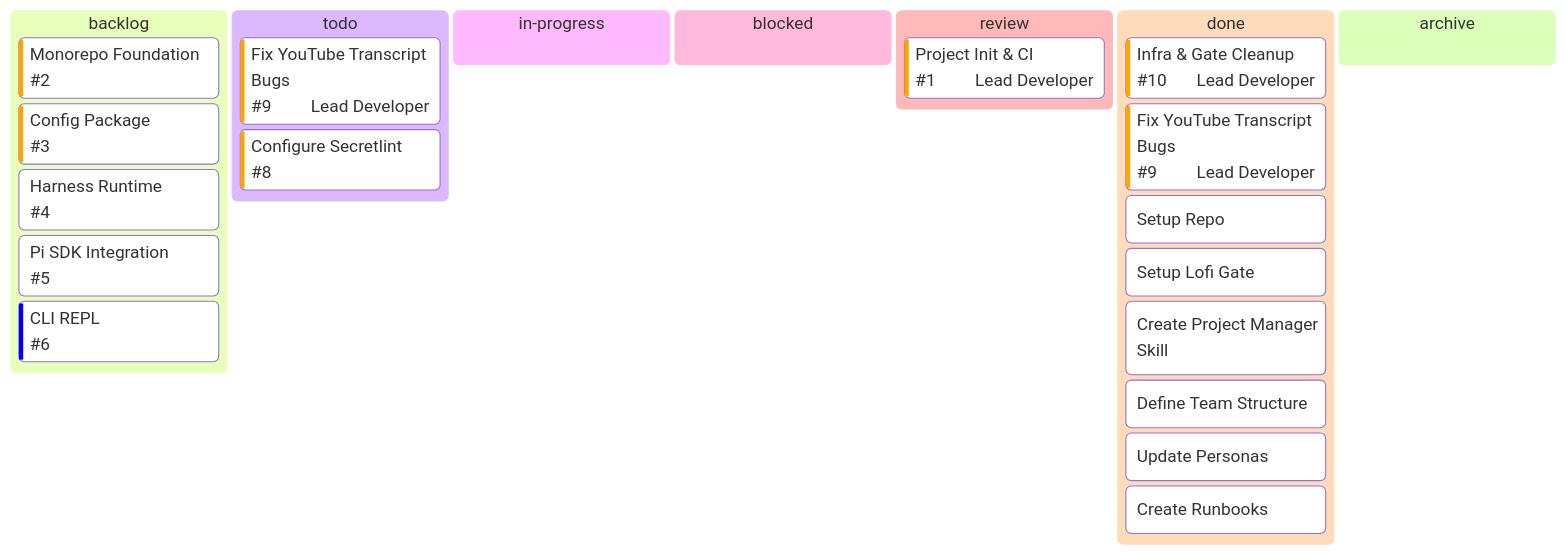
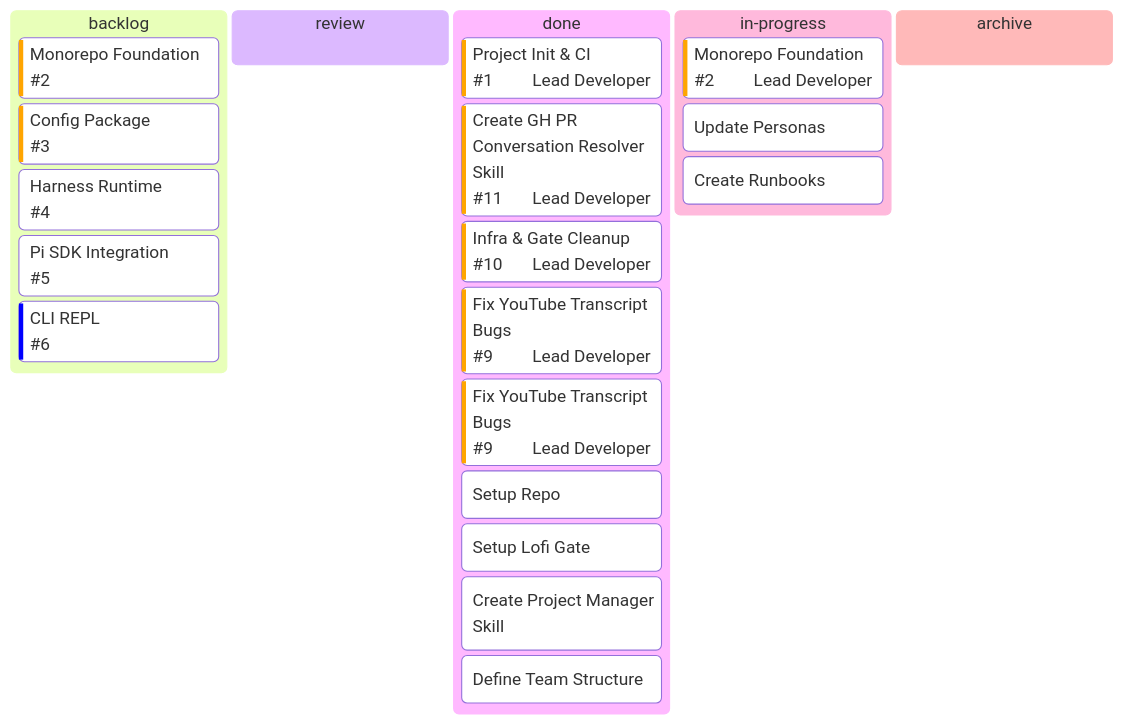
Before and after one commit to LoFi-Monk/lofipulse: the diagram in .agent/kanban-lofipulse.md, drawn with Mermaid. The commit also changed 8 other files, not shown here.

Commit message:
feat: spike gh-projects skill with graphql prototype

````diff
--- a/.agent/kanban-lofipulse.md
+++ b/.agent/kanban-lofipulse.md
@@ -9,26 +9,25 @@
 ```mermaid
 kanban
   backlog
     [Monorepo Foundation]@{ ticket: '#2', priority: 'High' }
     [Config Package]@{ ticket: '#3', priority: 'High' }
     [Harness Runtime]@{ ticket: '#4', priority: 'Med' }
     [Pi SDK Integration]@{ ticket: '#5', priority: 'Med' }
     [CLI REPL]@{ ticket: '#6', priority: 'Low' }
-  todo
+  review
+  done
+    [Project Init & CI]@{ ticket: '#1', assigned: 'Lead Developer', priority: 'High' }
+    [Create GH PR Conversation Resolver Skill]@{ ticket: '#11', assigned: 'Lead Developer', priority: 'High' }
+    [Infra & Gate Cleanup]@{ ticket: '#10', assigned: 'Lead Developer', priority: 'High' }
     [Fix YouTube Transcript Bugs]@{ ticket: '#9', assigned: 'Lead Developer', priority: 'High' }
-    [Configure Secretlint]@{ ticket: '#8', priority: 'High' }
-  in-progress
-  blocked
-  review
-    [Project Init & CI]@{ ticket: '#1', assigned: 'Lead Developer', priority: 'High' }
-  done
-    [Infra & Gate Cleanup]@{ ticket: '#10', assigned: 'Lead Developer', priority: 'High' }
     [Fix YouTube Transcript Bugs]@{ ticket: '#9', assigned: 'Lead Developer', priority: 'High' }
     [Setup Repo]
     [Setup Lofi Gate]
     [Create Project Manager Skill]
     [Define Team Structure]
+  in-progress
+    [Monorepo Foundation]@{ ticket: '#2', priority: 'High', assigned: 'Lead Developer' }
     [Update Personas]
     [Create Runbooks]
   archive
 ```
````
